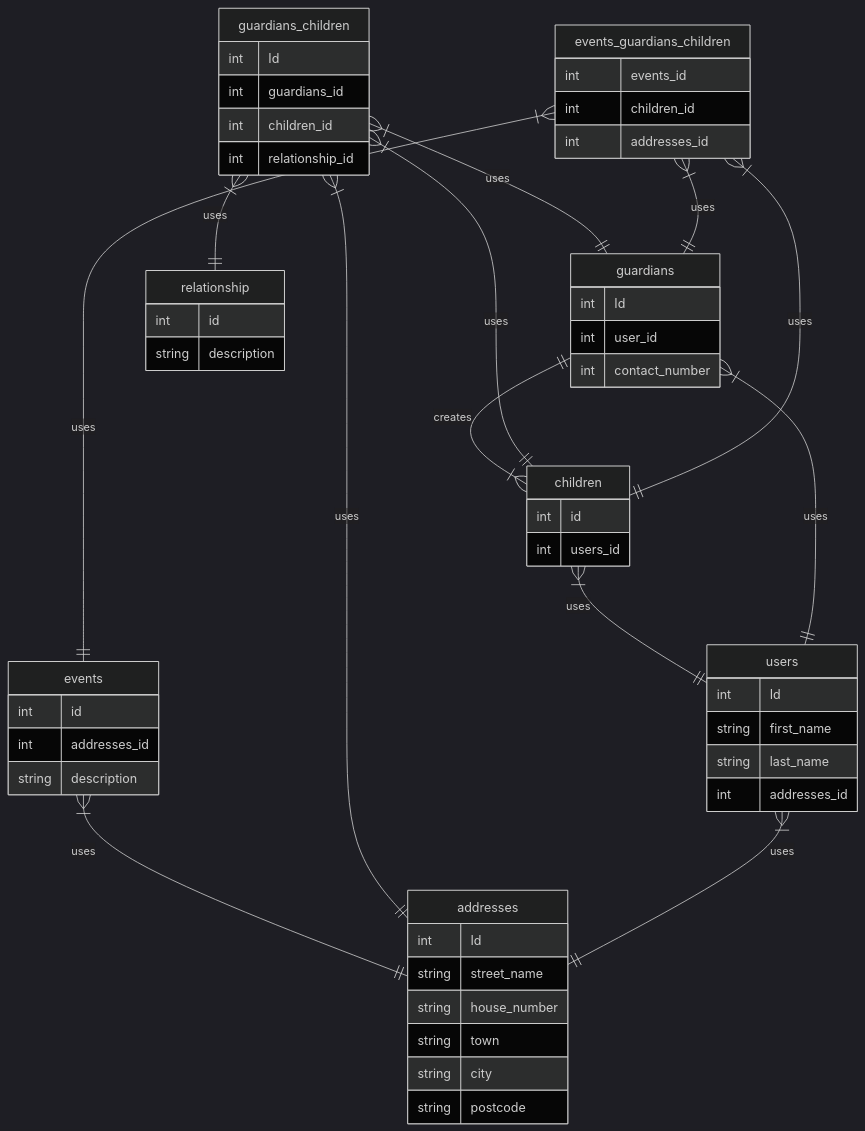
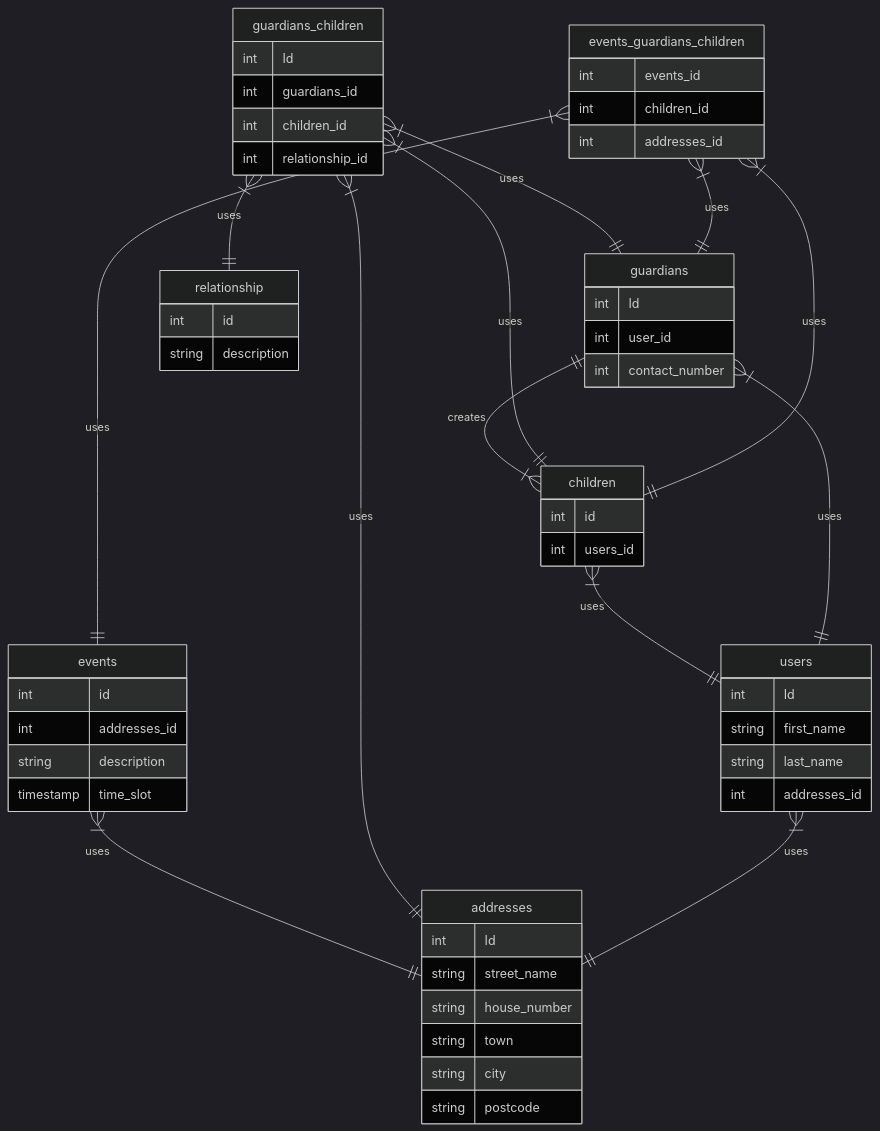
Before and after one commit to ChrisUno/Childcare: the second of 2 diagrams in README.md, drawn with Mermaid. The commit also changed other lines of this file, not shown here.

````diff
--- a/README.md
+++ b/README.md
@@ -47,63 +47,64 @@
 ``` mermaid
 %%{init: {'theme': 'dark' } }%%
 
 erDiagram
 
     guardians {
         int Id
         int user_id
         int contact_number
     }
     relationship {
         int id
         string description
     }
     children {
         int id
         int users_id
     }
     guardians_children {
         int Id
         int guardians_id
         int children_id
         int relationship_id
     }
     events {
         int id
         int addresses_id
         string description
+        timestamp time_slot
     }
     events_guardians_children {
         int events_id
         int children_id
         int addresses_id
     }
     addresses {
         int Id
         string street_name
         string house_number
         string town
         string city
         string postcode
     }
     users {
         int Id
         string first_name
         string last_name
         int addresses_id
     }
 
     guardians ||--|{ children: "creates"
     children }|--|| users: "uses"
     events }|--|| addresses: "uses"
     guardians }|--|| users: "uses"
     guardians_children }|--|| guardians: "uses"
     guardians_children }|--|| children: "uses"
     guardians_children }|--|| addresses: "uses"
     guardians_children }|--|| relationship: "uses"
     users }|--|| addresses: "uses"
     events_guardians_children }|--|| guardians: "uses"
     events_guardians_children }|--|| events: "uses"
     events_guardians_children }|--|| children: "uses"
 
 ```
````
